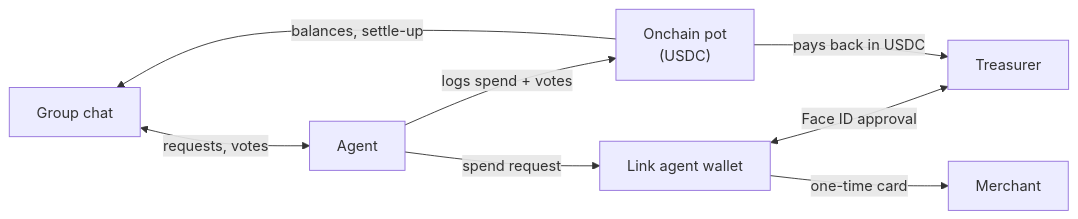
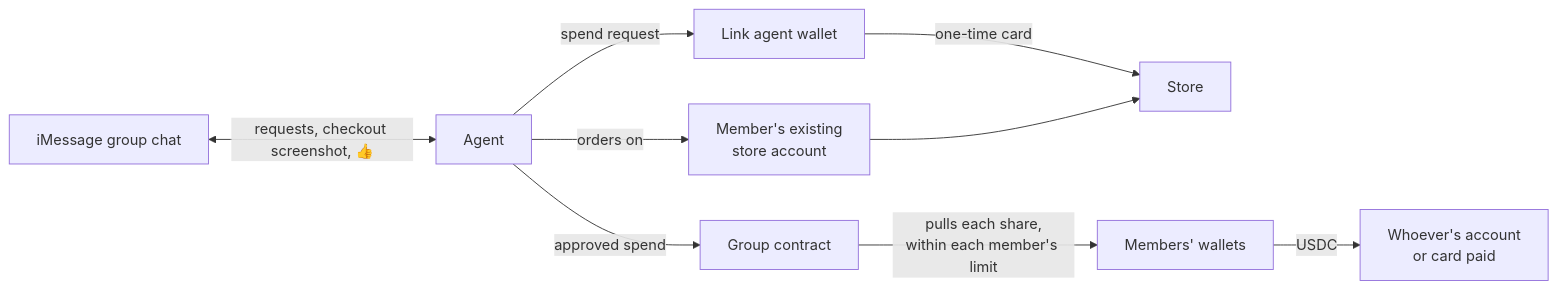
One commit to siyasiyasiya/ubc2026 changed the diagram in README.md. Above: the diagram before and after it, drawn with Mermaid. The commit also changed other lines of this file, not shown here.

````diff
--- a/README.md
+++ b/README.md
@@ -37,10 +58,11 @@
 ```mermaid
 flowchart LR
-    Chat["Group chat"] <-->|requests, votes| Agent["Agent"]
-    Agent -->|logs spend + votes| Pot["Onchain pot<br/>(USDC)"]
+    Chat["iMessage group chat"] <-->|requests, checkout screenshot, 👍| Agent["Agent"]
+    Agent -->|orders on| Account["Member's existing<br/>store account"]
     Agent -->|spend request| Link["Link agent wallet"]
-    Link <-->|Face ID approval| Treasurer["Treasurer"]
-    Link -->|one-time card| Merchant["Merchant"]
-    Pot -->|pays back in USDC| Treasurer
-    Pot -->|balances, settle-up| Chat
+    Link -->|one-time card| Store["Store"]
+    Account --> Store
+    Agent -->|approved spend| Contract["Group contract"]
+    Contract -->|pulls each share,<br/>within each member's limit| Wallets["Members' wallets"]
+    Wallets -->|USDC| Payer["Whoever's account<br/>or card paid"]
 ```
````
